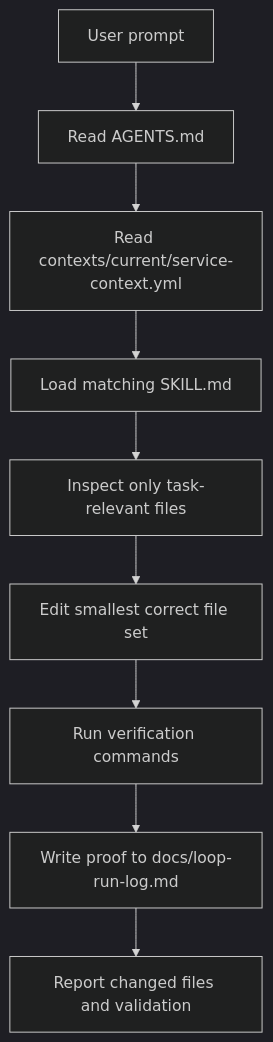
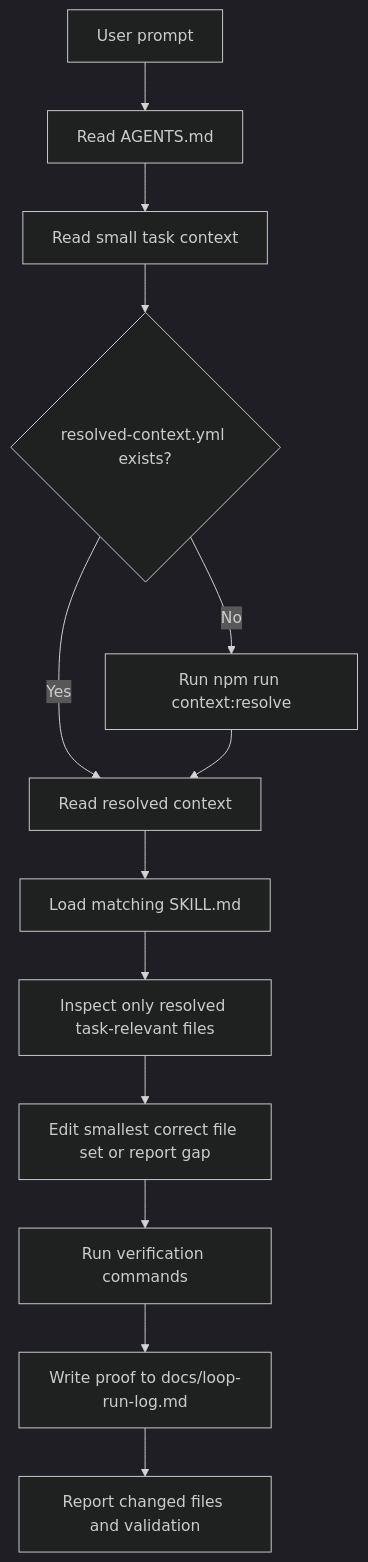
The diagram in LOOP.md (balajiregt/agentic-workspace), drawn with Mermaid (dark theme) before and after one commit. The commit also changed other lines of this file, not shown here.

Commit message:
Update loop workflow for resolved context

````diff
--- a/LOOP.md
+++ b/LOOP.md
@@ -6,11 +6,15 @@
 ```mermaid
 flowchart TD
   A["User prompt"] --> B["Read AGENTS.md"]
-  B --> C["Read contexts/current/service-context.yml"]
-  C --> D["Load matching SKILL.md"]
-  D --> E["Inspect only task-relevant files"]
-  E --> F["Edit smallest correct file set"]
-  F --> G["Run verification commands"]
-  G --> H["Write proof to docs/loop-run-log.md"]
-  H --> I["Report changed files and validation"]
+  B --> C["Read small task context"]
+  C --> D{"resolved-context.yml exists?"}
+  D -->|No| E["Run npm run context:resolve"]
+  D -->|Yes| F["Read resolved context"]
+  E --> F
+  F --> G["Load matching SKILL.md"]
+  G --> H["Inspect only resolved task-relevant files"]
+  H --> I["Edit smallest correct file set or report gap"]
+  I --> J["Run verification commands"]
+  J --> K["Write proof to docs/loop-run-log.md"]
+  K --> L["Report changed files and validation"]
 ```
````
